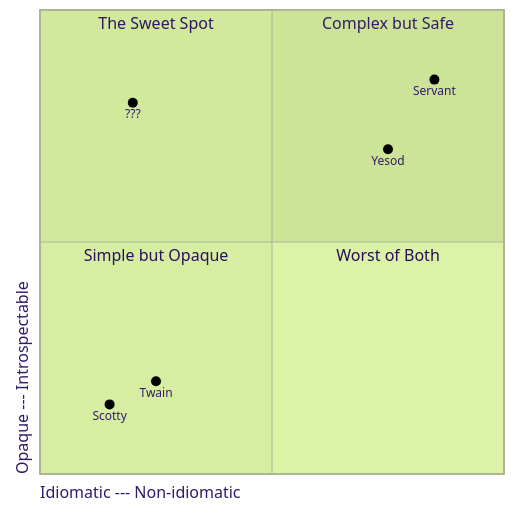
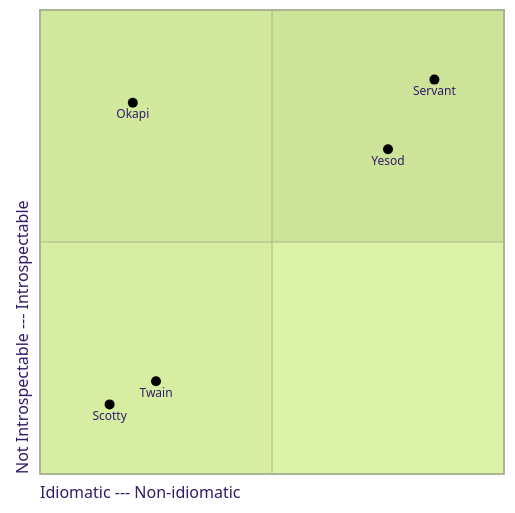
Before and after one commit to monadicsystems/okapi: the second of 3 diagrams in posts/new-method-for-defining-http-apis.md, drawn with Mermaid (forest theme). The commit also changed other lines of this file and 15 other files, not shown here.

````diff
--- a/posts/new-method-for-defining-http-apis.md
+++ b/posts/new-method-for-defining-http-apis.md
@@ -45,14 +20,10 @@
 ```mermaid
 quadrantChart
-    x-axis Idiomatic --- Non-idiomatic
-    y-axis Opaque --- Introspectable
-    quadrant-1 Complex but Safe
-    quadrant-2 The Sweet Spot
-    quadrant-3 Simple but Opaque
-    quadrant-4 Worst of Both
+    x-axis Idiomatic          --- Non-idiomatic
+    y-axis Not Introspectable --- Introspectable
     Scotty: [0.15, 0.15]
     Twain: [0.25, 0.2]
     Yesod: [0.75, 0.7]
     Servant: [0.85, 0.85]
-    "???": [0.2, 0.8]
+    Okapi: [0.2, 0.8]
 ```
````
